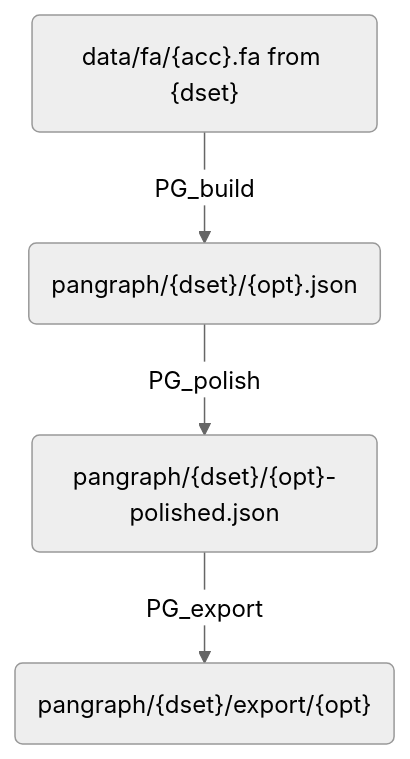
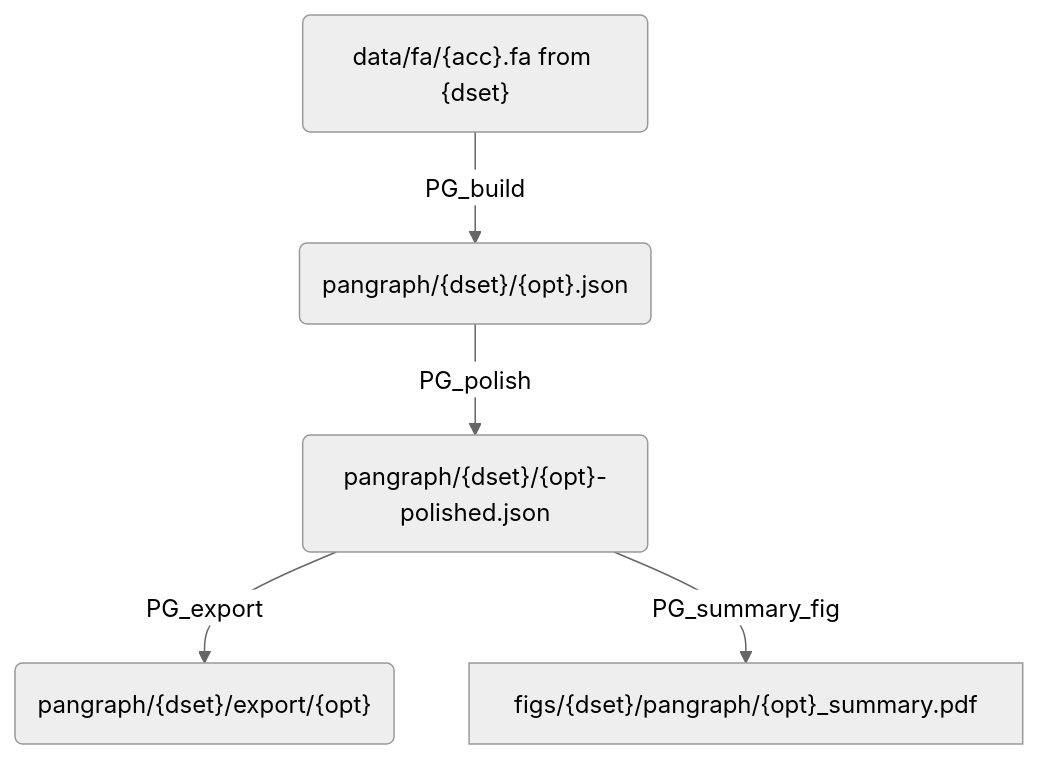
One commit to mmolari/ecoliST131-structural-evo changed the second of 2 diagrams in notes/01_workflow_description.md. Above: the diagram before and after it, drawn with Mermaid (neutral theme). The commit also changed other lines of this file and 1 other file, not shown here.

````diff
--- a/notes/01_workflow_description.md
+++ b/notes/01_workflow_description.md
@@ -16,6 +16,7 @@
 ```mermaid
 flowchart TD
     A("data/fa/{acc}.fa from {dset}") --> |PG_build| B("pangraph/{dset}/{opt}.json") 
     B --> |PG_polish| C("pangraph/{dset}/{opt}-polished.json")
     C --> |PG_export| D("pangraph/{dset}/export/{opt}")
+    C --> |PG_summary_fig| E["figs/{dset}/pangraph/{opt}_summary.pdf"]
 ```
````
